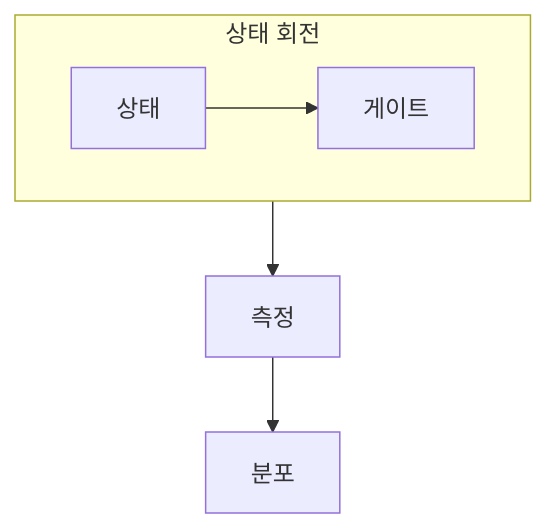
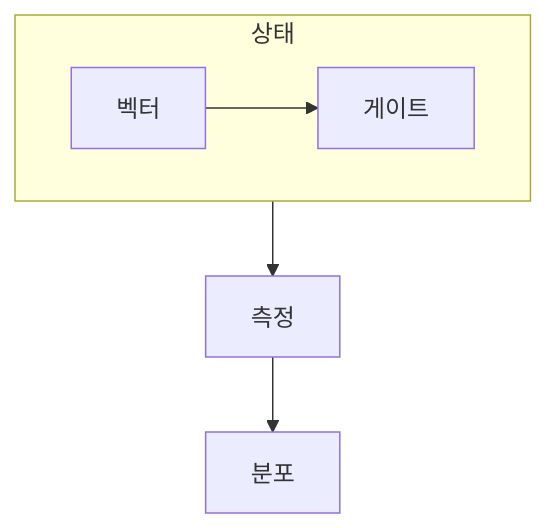
The diagram in ComputerScience/03_ai-ml-data/quantum-lecture/notes/01. 양자 기초 게이트 설명.md (umyunsang/edu), drawn with Mermaid before and after one commit. The commit also changed other lines of this file, not shown here.

Commit message:
Auto-save: Updated ComputerScience/03_ai-ml-data/quantum-lecture/notes/01. 양자 기초 게이트 설명.md

````diff
--- a/ComputerScience/03_ai-ml-data/quantum-lecture/notes/01. 양자 기초 게이트 설명.md
+++ b/ComputerScience/03_ai-ml-data/quantum-lecture/notes/01. 양자 기초 게이트 설명.md
@@ -17,9 +21,9 @@
 ```mermaid
 flowchart TB
-    subgraph Rot[상태 회전]
+    subgraph State[상태]
         direction LR
-        S[상태] --> G[게이트]
+        S[벡터] --> G[게이트]
     end
     G --> M[측정]
     M --> R[분포]
 ```
````
